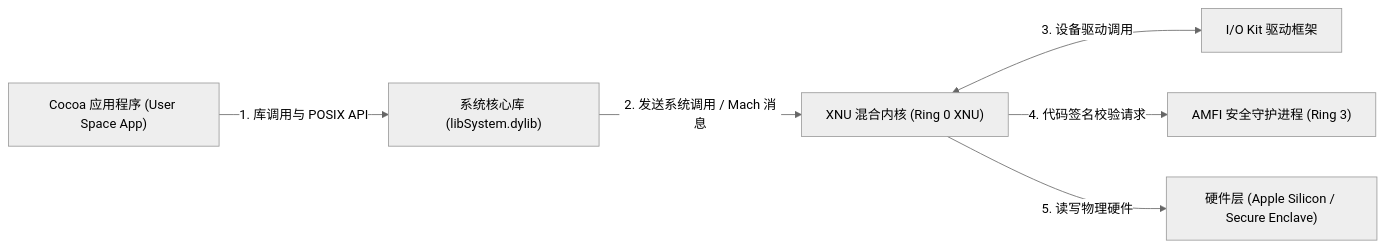
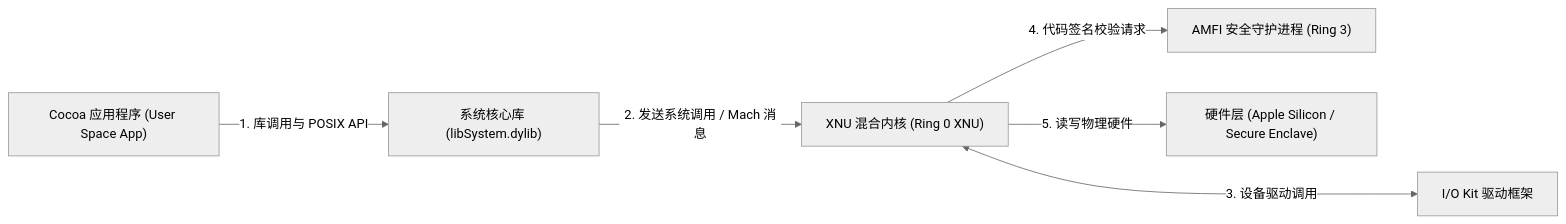
One commit to koosai/AI-Architect-Learning changed the second of 7 diagrams in docs/atlas/macos.mdx. Above: the diagram before and after it, drawn with Mermaid (neutral theme). The commit also changed 68 other files, not shown here.

Commit message:
fix(atlas): fix browser client-side Mermaid rendering for mindmaps and flowcharts across 67 case studies

````diff
--- a/docs/atlas/macos.mdx
+++ b/docs/atlas/macos.mdx
@@ -92,8 +92,8 @@
 ```mermaid
 graph LR
   UserApp["Cocoa 应用程序 (User Space App)"] -->|1. 库调用与 POSIX API| CocoaLib["系统核心库 (libSystem.dylib)"]
   CocoaLib -->|2. 发送系统调用 / Mach 消息| XNUKernel["XNU 混合内核 (Ring 0 XNU)"]
-  XNUKernel <-->|3. 设备驱动调用| IOKit["I/O Kit 驱动框架"]
+  XNUKernel <--->|3. 设备驱动调用| IOKit["I/O Kit 驱动框架"]
   XNUKernel -->|4. 代码签名校验请求| AMFIDaemon["AMFI 安全守护进程 (Ring 3)"]
   XNUKernel -->|5. 读写物理硬件| Hardware["硬件层 (Apple Silicon / Secure Enclave)"]
 ```
````
